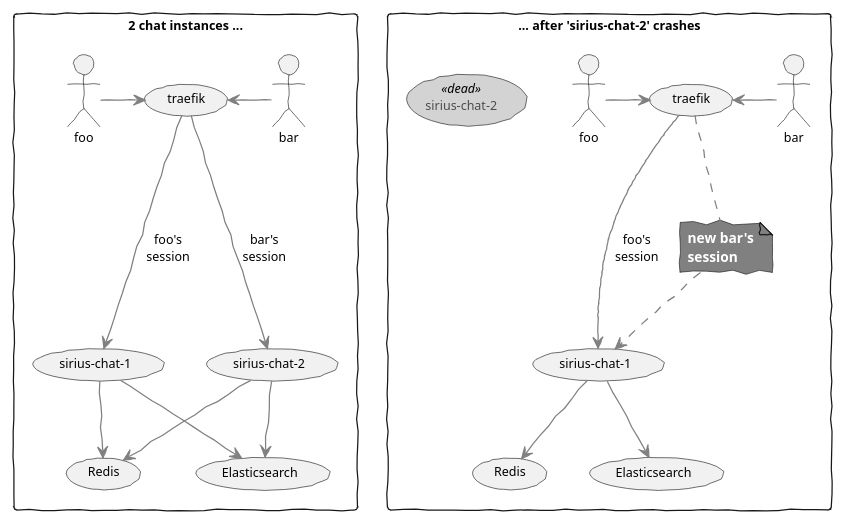
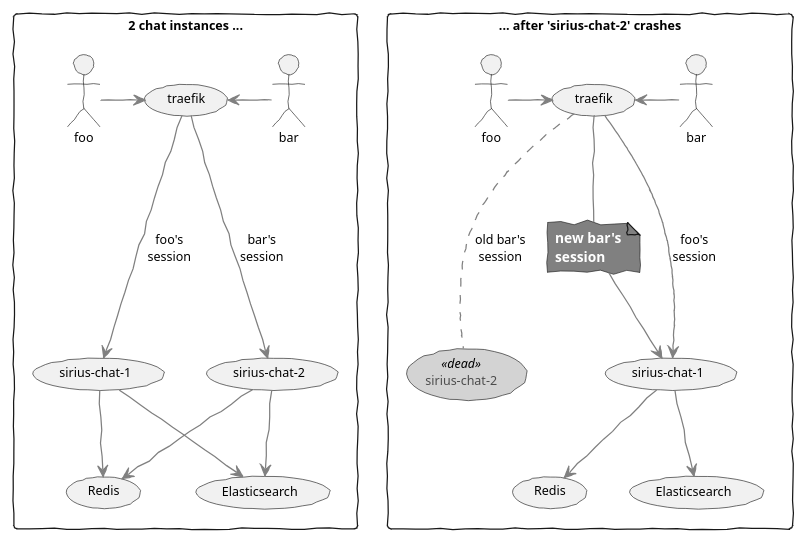
One commit to scireum/sirius-chat-sample changed the diagram in diagrams/side-challenge-1.puml. Above: the diagram before and after it, drawn with PlantUML.

Commit message:
Refactor diagram side-challenge-1

```diff
--- a/diagrams/side-challenge-1.puml
+++ b/diagrams/side-challenge-1.puml
@@ -1,48 +1,49 @@
 @startuml
 skinparam handwritten true
 skinparam monochrome true
 skinparam ArrowColor gray
 skinparam DefaultFontSize 10
 skinparam Note {
     FontName Arial
     FontStyle bold
     FontSize 11
     FontColor white
     BackGroundColor gray
 }
 skinparam usecase {
     BackGroundColor<< dead >> lightgray
     FontColor<< dead >> red
 }
 
 rectangle "2 chat instances ..." {
 foo -> (traefik)
 bar -left-> (traefik)
 (traefik) ---> (sirius-chat-1): foo's\nsession
 (traefik) ---> (sirius-chat-2): bar's\nsession
 (sirius-chat-1) --> (Redis)
 (sirius-chat-1) --> (Elasticsearch)
 (sirius-chat-2) --> (Redis)
 (sirius-chat-2) --> (Elasticsearch)
 }
 
 rectangle "... after 'sirius-chat-2' crashes" {
 :foo: as newfoo
 :bar: as newbar
 (traefik) as newtraefik
 (sirius-chat-1) as newchat1
 (sirius-chat-2) as newchat2 << dead >>
 (Redis) as newredis
 (Elasticsearch) as newes
 
 newfoo -> (newtraefik)
 newbar -left-> (newtraefik)
 (newtraefik) --> (newchat1): foo's\nsession
+(newtraefik) ... (newchat2): old bar's\nsession
 note "new bar's\nsession" as RD
-(newtraefik) .. RD
-RD ..> (newchat1)
+(newtraefik) -- RD
+RD --> (newchat1)
 (newchat1) --> (newredis)
 (newchat1) --> (newes)
 }
 
 @enduml
```
